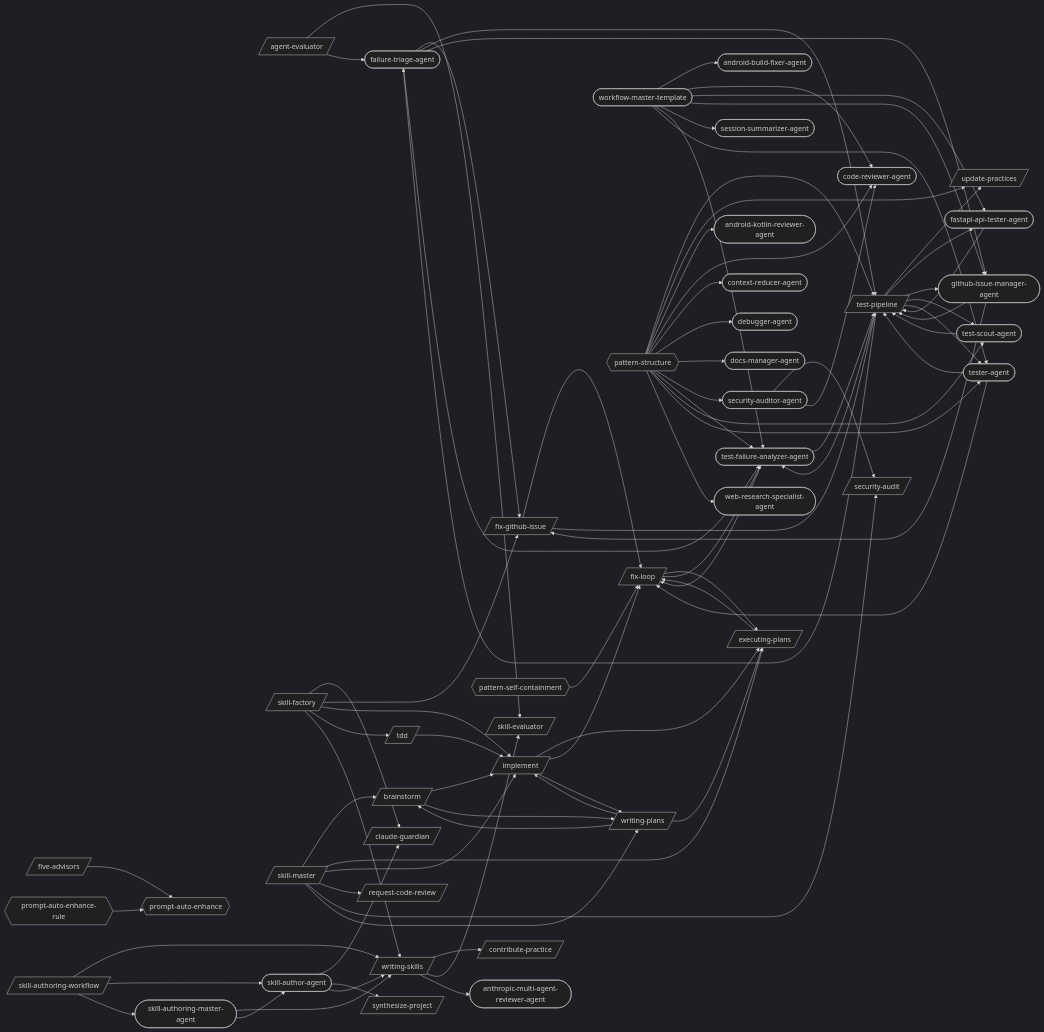
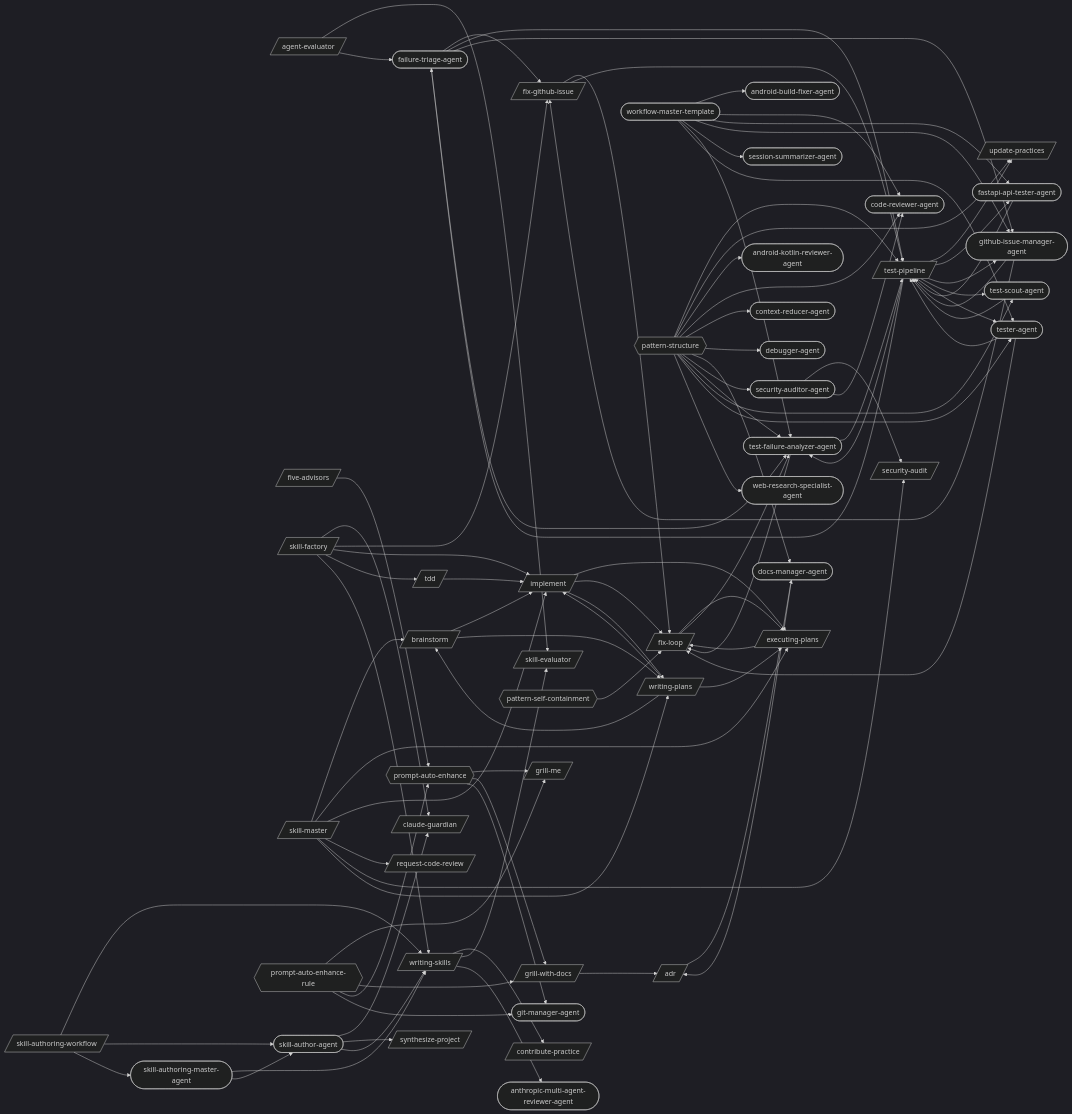
One commit to abhayla/claude-best-practices changed the first of 28 diagrams in docs/workflows/skill-authoring.md. Above: the diagram before and after it, drawn with Mermaid (dark theme). The commit also changed other lines of this file and 12 other files, not shown here.

````diff
--- a/docs/workflows/skill-authoring.md
+++ b/docs/workflows/skill-authoring.md
@@ -9,5 +9,6 @@
 ```mermaid
 graph LR
+    adr[/adr/]
     agent_evaluator[/agent-evaluator/]
     brainstorm[/brainstorm/]
     claude_guardian[/claude-guardian/]
@@ -16,6 +17,8 @@
     five_advisors[/five-advisors/]
     fix_github_issue[/fix-github-issue/]
     fix_loop[/fix-loop/]
+    grill_me[/grill-me/]
+    grill_with_docs[/grill-with-docs/]
     implement[/implement/]
     request_code_review[/request-code-review/]
     security_audit[/security-audit/]
@@ -38,6 +41,7 @@
     docs_manager_agent([docs-manager-agent])
     failure_triage_agent([failure-triage-agent])
     fastapi_api_tester_agent([fastapi-api-tester-agent])
+    git_manager_agent([git-manager-agent])
     github_issue_manager_agent([github-issue-manager-agent])
     security_auditor_agent([security-auditor-agent])
     session_summarizer_agent([session-summarizer-agent])
@@ -52,6 +56,7 @@
     pattern_structure{{pattern-structure}}
     prompt_auto_enhance{{prompt-auto-enhance}}
     prompt_auto_enhance_rule{{prompt-auto-enhance-rule}}
+    adr --> docs_manager_agent
     agent_evaluator --> skill_evaluator
     agent_evaluator --> failure_triage_agent
     brainstorm --> implement
@@ -62,9 +67,13 @@
     fix_github_issue --> test_pipeline
     fix_loop --> executing_plans
     fix_loop --> test_failure_analyzer_agent
+    grill_with_docs --> adr
     implement --> executing_plans
     implement --> fix_loop
     implement --> writing_plans
+    prompt_auto_enhance --> grill_me
+    prompt_auto_enhance --> grill_with_docs
+    prompt_auto_enhance --> git_manager_agent
     skill_authoring_workflow --> writing_skills
     skill_authoring_workflow --> skill_author_agent
     skill_authoring_workflow --> skill_authoring_master_agent
@@ -93,6 +102,7 @@
     writing_skills --> contribute_practice
     writing_skills --> skill_evaluator
     writing_skills --> anthropic_multi_agent_reviewer_agent
+    docs_manager_agent --> adr
     failure_triage_agent --> fix_github_issue
     failure_triage_agent --> test_pipeline
     failure_triage_agent --> github_issue_manager_agent
@@ -132,5 +142,8 @@
     pattern_structure --> test_scout_agent
     pattern_structure --> tester_agent
     pattern_structure --> web_research_specialist_agent
+    prompt_auto_enhance_rule --> grill_me
+    prompt_auto_enhance_rule --> grill_with_docs
     prompt_auto_enhance_rule --> prompt_auto_enhance
+    prompt_auto_enhance_rule --> git_manager_agent
 ```
````
